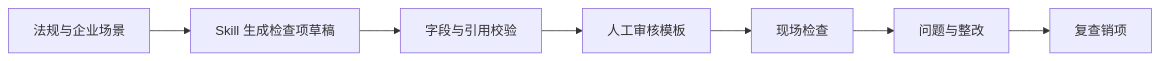
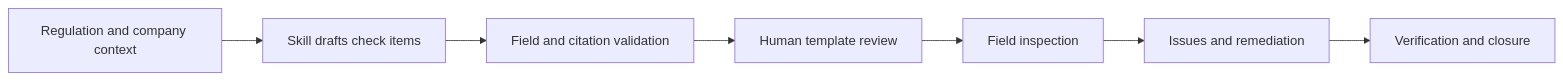
The diagram in README.md (22jia/EHS-agent), drawn with Mermaid before and after one commit. The commit also changed other lines of this file and 2 other files, not shown here.

````diff
--- a/README.md
+++ b/README.md
@@ -33,9 +33,9 @@
 ```mermaid
 flowchart LR
-    A[法规与企业场景] --> B[Skill 生成检查项草稿]
-    B --> C[字段与引用校验]
-    C --> D[人工审核模板]
-    D --> E[现场检查]
-    E --> F[问题与整改]
-    F --> G[复查销项]
+    A[Regulation and company context] --> B[Skill drafts check items]
+    B --> C[Field and citation validation]
+    C --> D[Human template review]
+    D --> E[Field inspection]
+    E --> F[Issues and remediation]
+    F --> G[Verification and closure]
 ```
````
